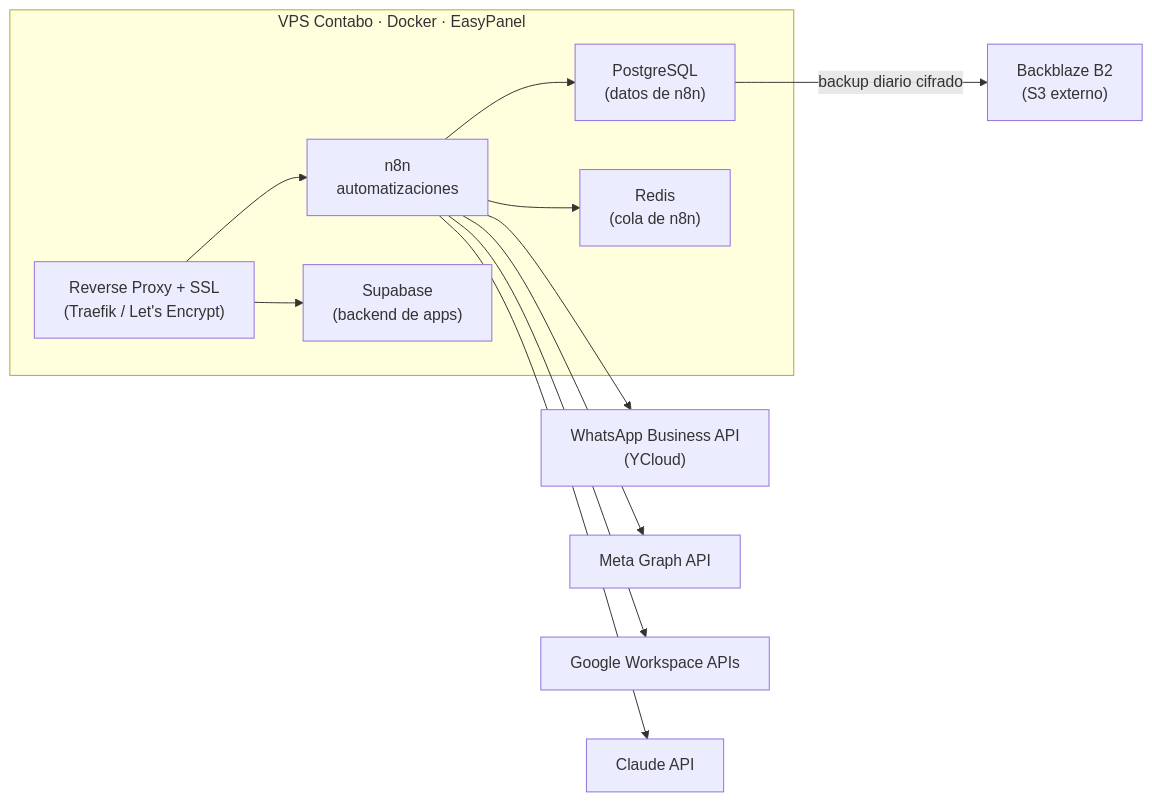
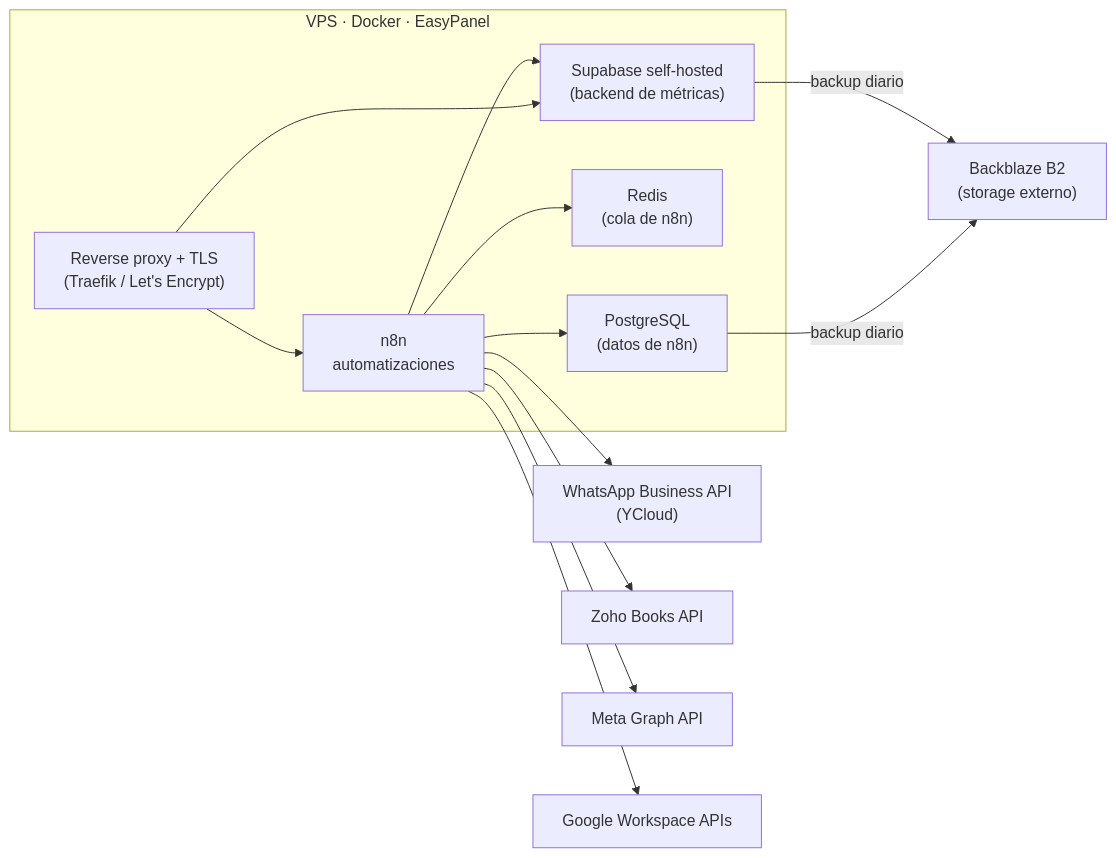
Before and after one commit to rami-fresia/production-vps-infrastructure: the diagram in README.md, drawn with Mermaid. The commit also changed other lines of this file and 1 other file, not shown here.

````diff
--- a/README.md
+++ b/README.md
@@ -40,19 +15,21 @@
 ```mermaid
 flowchart LR
-    subgraph VPS["VPS Contabo · Docker · EasyPanel"]
-        RP["Reverse Proxy + SSL<br/>(Traefik / Let's Encrypt)"]
+    subgraph VPS["VPS · Docker · EasyPanel"]
+        RP["Reverse proxy + TLS<br/>(Traefik / Let's Encrypt)"]
         N8N["n8n<br/>automatizaciones"]
         PG["PostgreSQL<br/>(datos de n8n)"]
         REDIS["Redis<br/>(cola de n8n)"]
-        SUPA["Supabase<br/>(backend de apps)"]
+        SUPA["Supabase self-hosted<br/>(backend de métricas)"]
         RP --> N8N
         RP --> SUPA
         N8N --> PG
         N8N --> REDIS
+        N8N --> SUPA
     end
     N8N --> YC["WhatsApp Business API<br/>(YCloud)"]
+    N8N --> ZOHO["Zoho Books API"]
     N8N --> META["Meta Graph API"]
     N8N --> GOOG["Google Workspace APIs"]
-    N8N --> CLAUDE["Claude API"]
-    PG -->|backup diario cifrado| B2["Backblaze B2<br/>(S3 externo)"]
+    PG -->|backup diario| B2["Backblaze B2<br/>(storage externo)"]
+    SUPA -->|backup diario| B2
 ```
````
